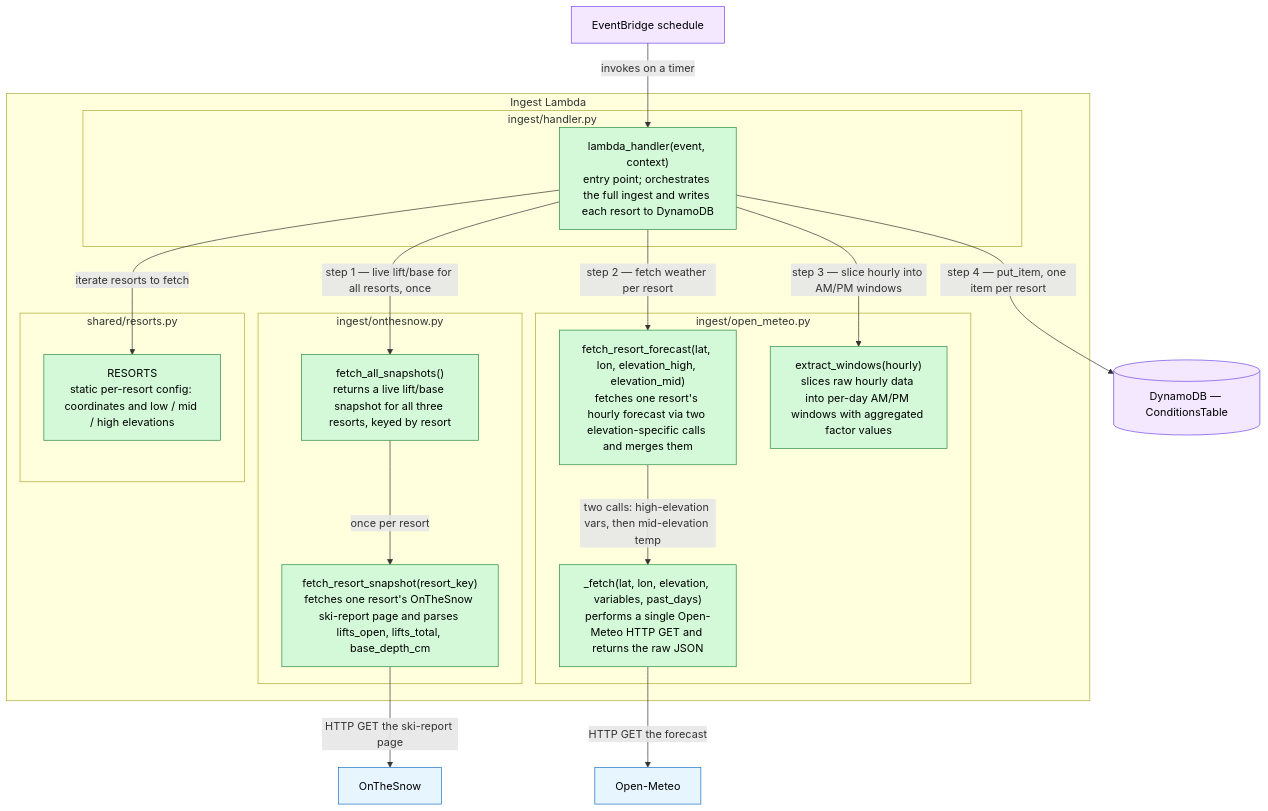
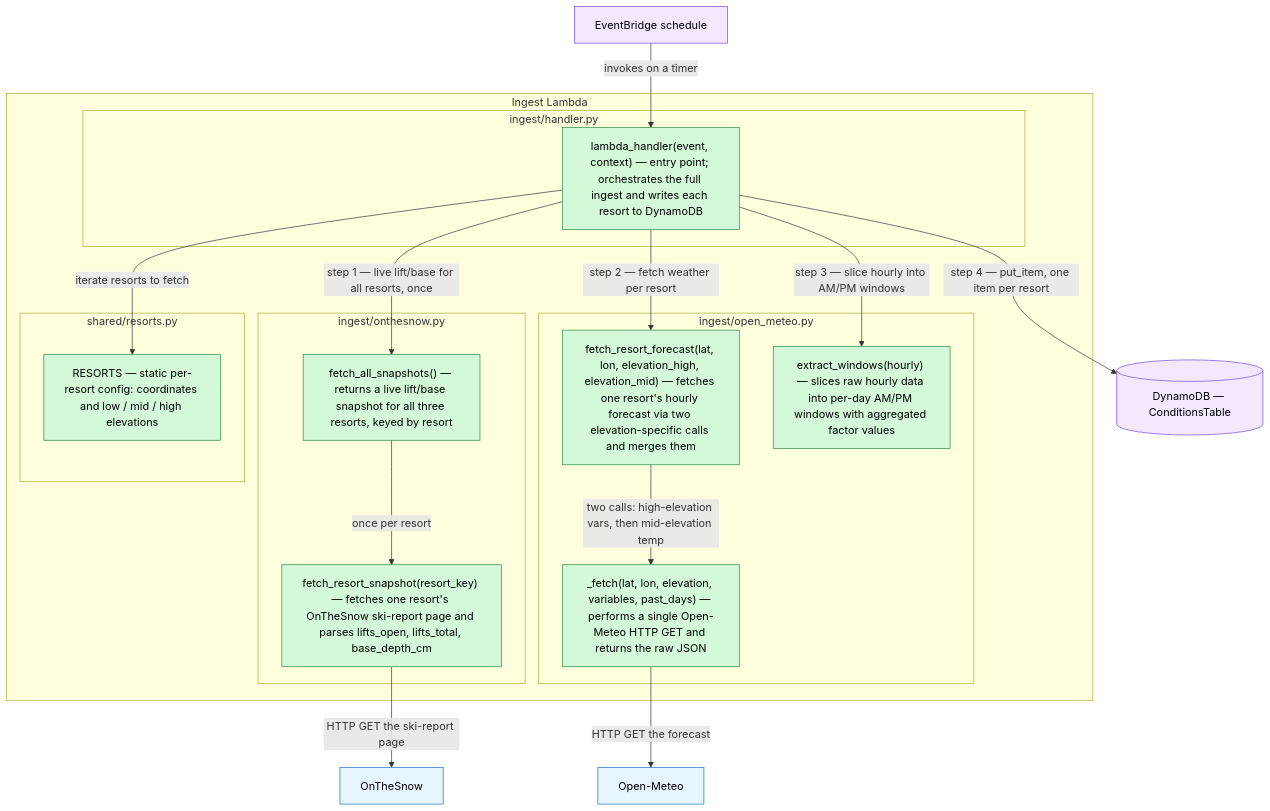
One commit to cmason746/nsw-ski-planner changed the second of 3 diagrams in BACKEND_DESIGN.md. Above: the diagram before and after it, drawn with Mermaid. The commit also changed other lines of this file, not shown here.

First line of the commit message:
docs: improve backend design diagrams (mermaid rendering + API flow)

````diff
--- a/BACKEND_DESIGN.md
+++ b/BACKEND_DESIGN.md
@@ -71,45 +71,45 @@
 ```mermaid
 flowchart TD
     EB["EventBridge schedule"]:::store
 
     subgraph INGEST["Ingest Lambda"]
         subgraph ing_handler["ingest/handler.py"]
-            main["lambda_handler(event, context)<br/>entry point; orchestrates the full ingest and writes each resort to DynamoDB"]:::built
+            main["lambda_handler(event, context) — entry point; orchestrates the full ingest and writes each resort to DynamoDB"]:::built
         end
 
         subgraph ing_ots["ingest/onthesnow.py"]
-            ots_all["fetch_all_snapshots()<br/>returns a live lift/base snapshot for all three resorts, keyed by resort"]:::built
-            ots_one["fetch_resort_snapshot(resort_key)<br/>fetches one resort's OnTheSnow ski-report page and parses lifts_open, lifts_total, base_depth_cm"]:::built
+            ots_all["fetch_all_snapshots() — returns a live lift/base snapshot for all three resorts, keyed by resort"]:::built
+            ots_one["fetch_resort_snapshot(resort_key) — fetches one resort's OnTheSnow ski-report page and parses lifts_open, lifts_total, base_depth_cm"]:::built
         end
 
         subgraph ing_meteo["ingest/open_meteo.py"]
-            meteo_fetch["fetch_resort_forecast(lat, lon, elevation_high, elevation_mid)<br/>fetches one resort's hourly forecast via two elevation-specific calls and merges them"]:::built
-            meteo_low["_fetch(lat, lon, elevation, variables, past_days)<br/>performs a single Open-Meteo HTTP GET and returns the raw JSON"]:::built
-            meteo_windows["extract_windows(hourly)<br/>slices raw hourly data into per-day AM/PM windows with aggregated factor values"]:::built
+            meteo_fetch["fetch_resort_forecast(lat, lon, elevation_high, elevation_mid) — fetches one resort's hourly forecast via two elevation-specific calls and merges them"]:::built
+            meteo_low["_fetch(lat, lon, elevation, variables, past_days) — performs a single Open-Meteo HTTP GET and returns the raw JSON"]:::built
+            meteo_windows["extract_windows(hourly) — slices raw hourly data into per-day AM/PM windows with aggregated factor values"]:::built
         end
 
         subgraph ing_shared["shared/resorts.py"]
-            resorts_data["RESORTS<br/>static per-resort config: coordinates and low / mid / high elevations"]:::built
+            resorts_data["RESORTS — static per-resort config: coordinates and low / mid / high elevations"]:::built
         end
     end
 
     OM["Open-Meteo"]:::ext
     OTS["OnTheSnow"]:::ext
     DDB[("DynamoDB — ConditionsTable")]:::store
 
     EB -->|"invokes on a timer"| main
     main -->|"step 1 — live lift/base for all resorts, once"| ots_all
     ots_all -->|"once per resort"| ots_one
     ots_one -->|"HTTP GET the ski-report page"| OTS
     main -->|"iterate resorts to fetch"| resorts_data
     main -->|"step 2 — fetch weather per resort"| meteo_fetch
     meteo_fetch -->|"two calls: high-elevation vars, then mid-elevation temp"| meteo_low
     meteo_low -->|"HTTP GET the forecast"| OM
     main -->|"step 3 — slice hourly into AM/PM windows"| meteo_windows
     main -->|"step 4 — put_item, one item per resort"| DDB
 
     classDef built fill:#d3f9d8,stroke:#2b8a3e,color:#000;
     classDef todo fill:#fff3bf,stroke:#e67700,color:#000,stroke-dasharray: 5 3;
     classDef ext fill:#e7f5ff,stroke:#1971c2,color:#000;
     classDef store fill:#f3e8ff,stroke:#7048e8,color:#000;
 ```
````
